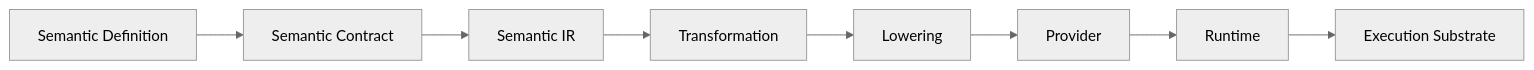
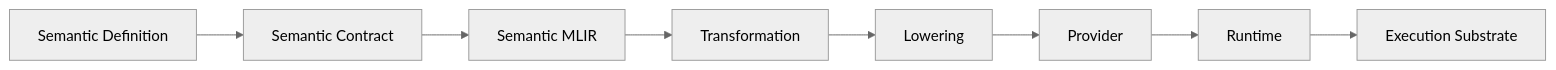
The third of 21 diagrams in 002_GETTING_STARTED.md (zharia/Semantic-Computational-Runtime), drawn with Mermaid (neutral theme) before and after one commit. The commit also changed other lines of this file and 47 other files, not shown here.

First line of the commit message:
feat: MLIR-first architectural alignment pass

````diff
--- a/002_GETTING_STARTED.md
+++ b/002_GETTING_STARTED.md
@@ -146,13 +146,13 @@
 ```mermaid
 flowchart LR
     A["Semantic Definition"]
     B["Semantic Contract"]
-    C["Semantic IR"]
+    C["Semantic MLIR"]
     D["Transformation"]
     E["Lowering"]
     F["Provider"]
     G["Runtime"]
     H["Execution Substrate"]
 
     A --> B --> C --> D --> E --> F --> G --> H
 ```
````
